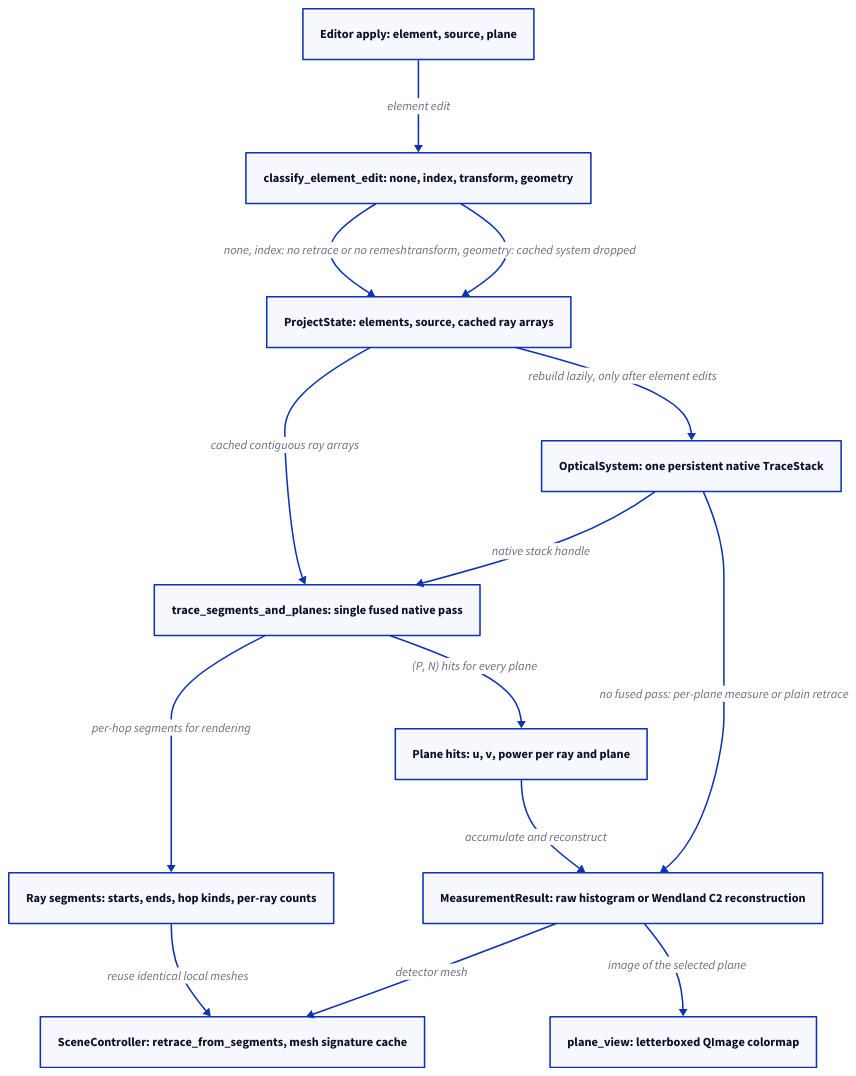
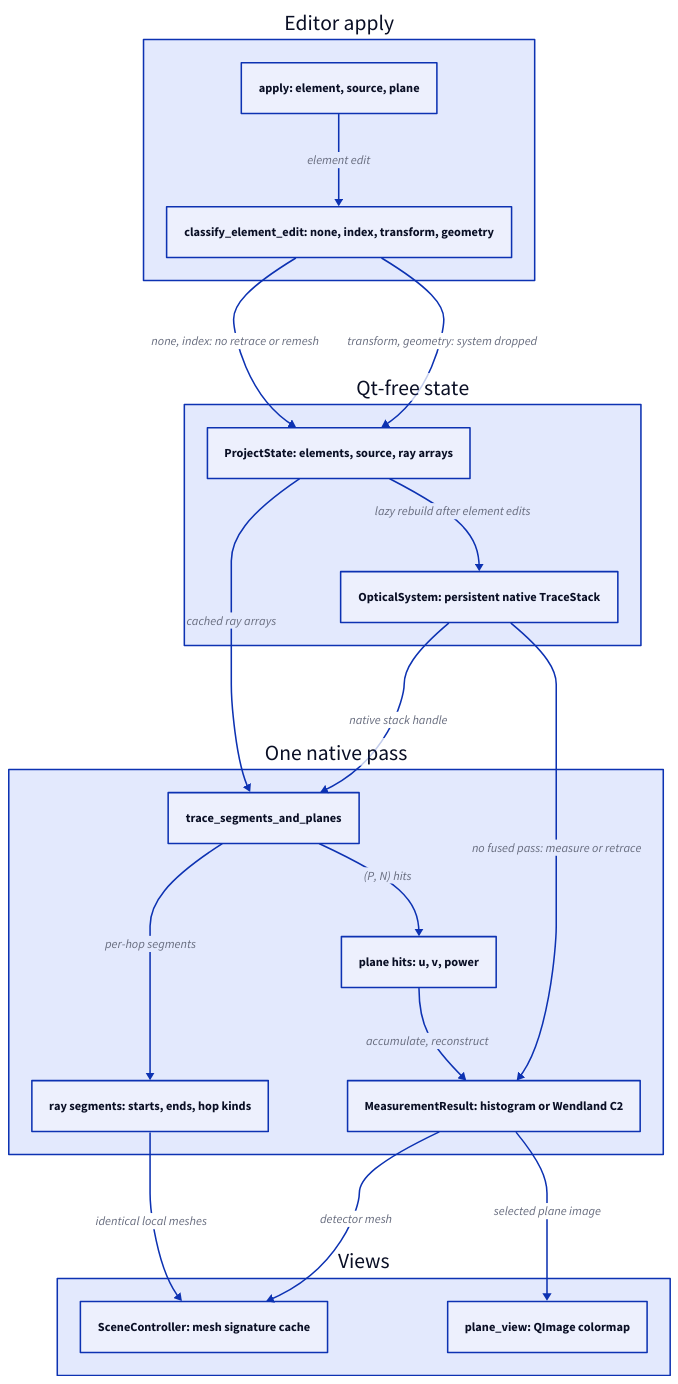
Before and after one commit to propane865/OpticsSimulator: the diagram in docs/diagrams/refresh-dataflow.d2, drawn with D2. The commit also changed 14 other files, not shown here.

Commit message:
docs: improve diagrams

```diff
--- a/docs/diagrams/refresh-dataflow.d2
+++ b/docs/diagrams/refresh-dataflow.d2
@@ -1,24 +1,40 @@
-ed: "Editor apply: element, source, plane"
-cls: "classify_element_edit: none, index, transform, geometry"
-state: "ProjectState: elements, source, cached ray arrays"
-sys: "OpticalSystem: one persistent native TraceStack"
-fused: "trace_segments_and_planes: single fused native pass"
-segs: "Ray segments: starts, ends, hop kinds, per-ray counts"
-hits: "Plane hits: u, v, power per ray and plane"
-res: "MeasurementResult: raw histogram or Wendland C2 reconstruction"
-scene: "SceneController: retrace_from_segments, mesh signature cache"
-pview: "plane_view: letterboxed QImage colormap"
+direction: down
 
-ed -> cls: element edit
-cls -> state: "none, index: no retrace or no remesh"
-cls -> state: "transform, geometry: cached system dropped"
-state -> sys: "rebuild lazily, only after element edits"
-state -> fused: "cached contiguous ray arrays"
-sys -> fused: "native stack handle"
-fused -> segs: "per-hop segments for rendering"
-fused -> hits: "(P, N) hits for every plane"
-hits -> res: "accumulate and reconstruct"
-segs -> scene: "reuse identical local meshes"
-res -> scene: "detector mesh"
-res -> pview: "image of the selected plane"
-sys -> res: "no fused pass: per-plane measure or plain retrace"
+cmd: "Editor apply" {
+  ed: "apply: element, source, plane"
+  cls: "classify_element_edit: none, index, transform, geometry"
+
+  ed -> cls: element edit
+}
+
+st: "Qt-free state" {
+  state: "ProjectState: elements, source, ray arrays"
+  sys: "OpticalSystem: persistent native TraceStack"
+
+  state -> sys: "lazy rebuild after element edits"
+}
+
+nat: "One native pass" {
+  fused: trace_segments_and_planes
+  segs: "ray segments: starts, ends, hop kinds"
+  hits: "plane hits: u, v, power"
+  res: "MeasurementResult: histogram or Wendland C2"
+
+  fused -> segs: "per-hop segments"
+  fused -> hits: "(P, N) hits"
+  hits -> res: "accumulate, reconstruct"
+}
+
+views: "Views" {
+  scene: "SceneController: mesh signature cache"
+  pview: "plane_view: QImage colormap"
+}
+
+cmd.cls -> st.state: "none, index: no retrace or remesh"
+cmd.cls -> st.state: "transform, geometry: system dropped"
+st.state -> nat.fused: "cached ray arrays"
+st.sys -> nat.fused: "native stack handle"
+st.sys -> nat.res: "no fused pass: measure or retrace"
+nat.segs -> views.scene: "identical local meshes"
+nat.res -> views.scene: "detector mesh"
+nat.res -> views.pview: "selected plane image"
```
